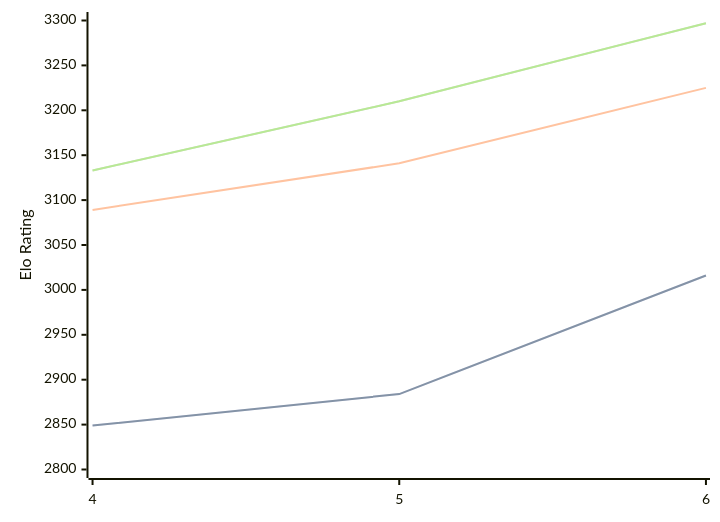
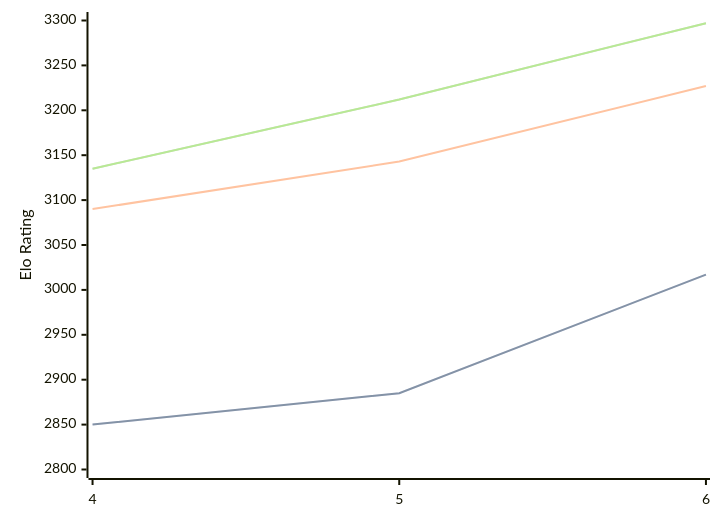
Before and after one commit to computer-chess-index/cci: the diagram in engines/Cwtch.md, drawn with Mermaid. The commit also changed other lines of this file, not shown here.

Commit message:
Update CCI Ratings (ELO VLTC) - 2026-09-13

````diff
--- a/engines/Cwtch.md
+++ b/engines/Cwtch.md
@@ -34,11 +34,11 @@
 ```mermaid
 %%{init: {"theme":"base","themeVariables":{"seriesColors:['#a3a3a3','#222221','#faa371']}}}%%
 xychart-beta
   x-axis ["4", "5", "6"]
   y-axis "Elo Rating" 2800 --> 3300
-  line "" [2849, 2884, 3016]
-  line "STC (8.0+0.08s)" [2849, 2884, 3016]
-  line "LTC (60.0+0.60s)" [3089, 3141, 3225]
-  line "" [3133, 3210, 3297]
-  line "VLTC (2m24s+1.12s)" [3133, 3210, 3297]
+  line "" [2850, 2885, 3017]
+  line "STC (8.0+0.08s)" [2850, 2885, 3017]
+  line "LTC (60.0+0.60s)" [3090, 3143, 3227]
+  line "" [3135, 3212, 3297]
+  line "VLTC (2m24s+1.12s)" [3135, 3212, 3297]
 ```
````
